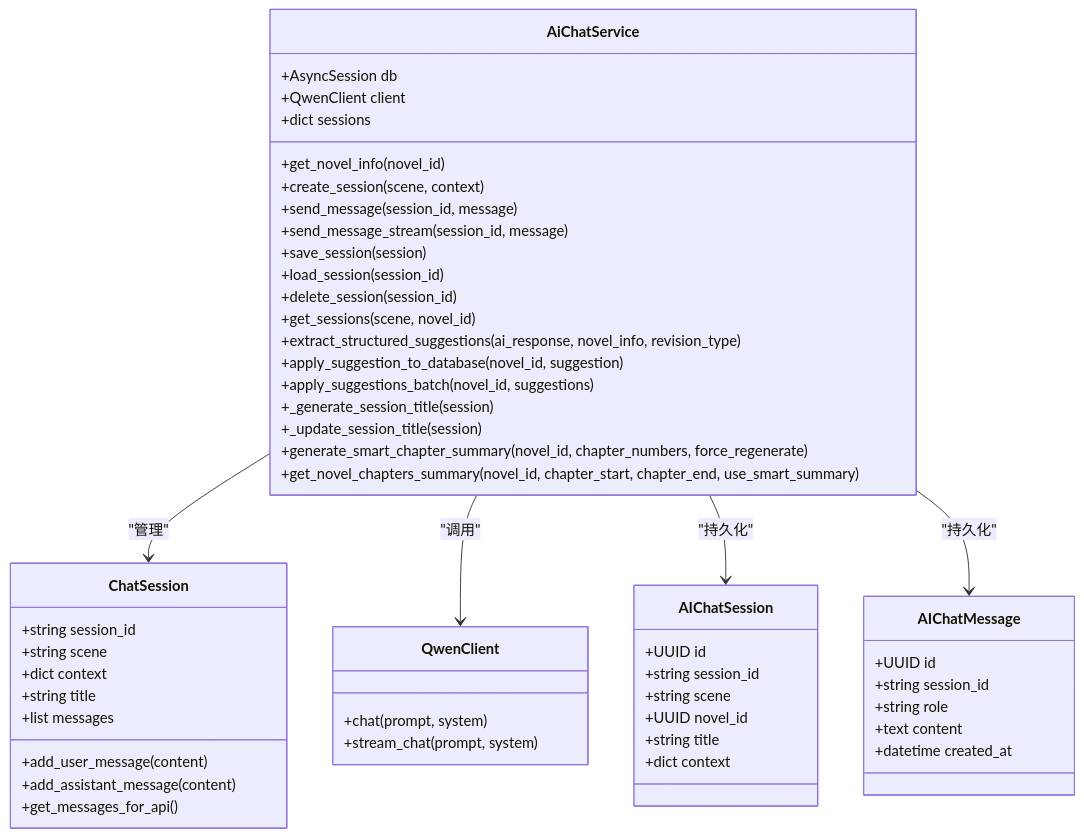
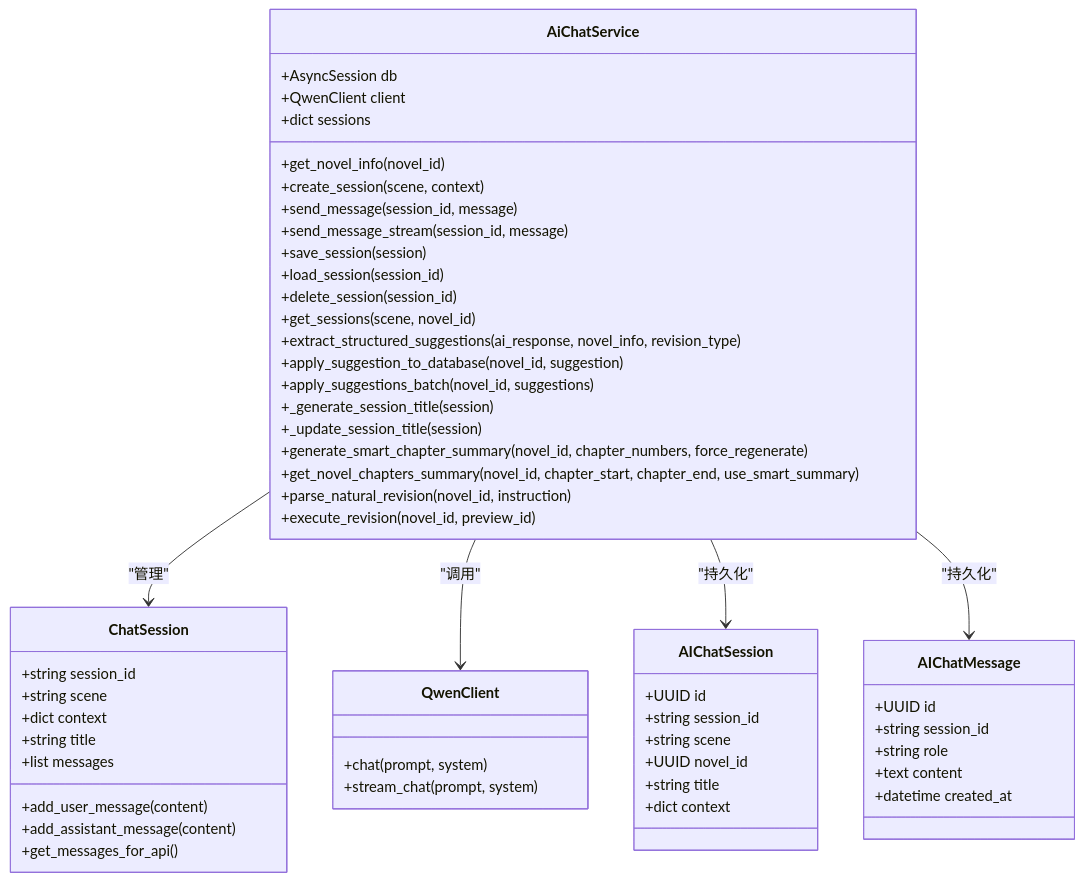
Before and after one commit to xfbyxq/ai-novel-system: the tenth of 10 diagrams in .qoder/repowiki/zh/content/API接口文档/AI聊天API.md, drawn with Mermaid. The commit also changed other lines of this file and 8 other files, not shown here.

````diff
--- a/.qoder/repowiki/zh/content/API接口文档/AI聊天API.md
+++ b/.qoder/repowiki/zh/content/API接口文档/AI聊天API.md
@@ -417,56 +453,58 @@
 ```mermaid
 classDiagram
 class ChatSession {
 +string session_id
 +string scene
 +dict context
 +string title
 +list messages
 +add_user_message(content)
 +add_assistant_message(content)
 +get_messages_for_api()
 }
 class AiChatService {
 +AsyncSession db
 +QwenClient client
 +dict sessions
 +get_novel_info(novel_id)
 +create_session(scene, context)
 +send_message(session_id, message)
 +send_message_stream(session_id, message)
 +save_session(session)
 +load_session(session_id)
 +delete_session(session_id)
 +get_sessions(scene, novel_id)
 +extract_structured_suggestions(ai_response, novel_info, revision_type)
 +apply_suggestion_to_database(novel_id, suggestion)
 +apply_suggestions_batch(novel_id, suggestions)
 +_generate_session_title(session)
 +_update_session_title(session)
 +generate_smart_chapter_summary(novel_id, chapter_numbers, force_regenerate)
 +get_novel_chapters_summary(novel_id, chapter_start, chapter_end, use_smart_summary)
++parse_natural_revision(novel_id, instruction)
++execute_revision(novel_id, preview_id)
 }
 class QwenClient {
 +chat(prompt, system)
 +stream_chat(prompt, system)
 }
 class AIChatSession {
 +UUID id
 +string session_id
 +string scene
 +UUID novel_id
 +string title
 +dict context
 }
 class AIChatMessage {
 +UUID id
 +string session_id
 +string role
 +text content
 +datetime created_at
 }
 AiChatService --> ChatSession : "管理"
 AiChatService --> QwenClient : "调用"
 AiChatService --> AIChatSession : "持久化"
 AiChatService --> AIChatMessage : "持久化"
 ```
````
